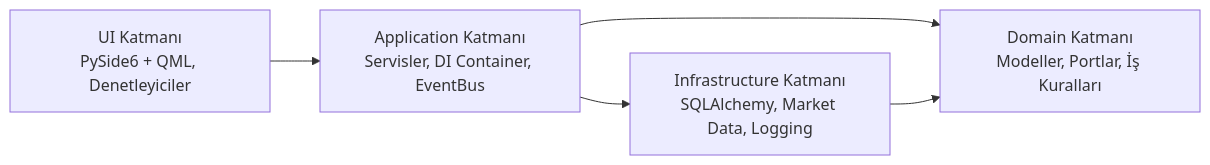
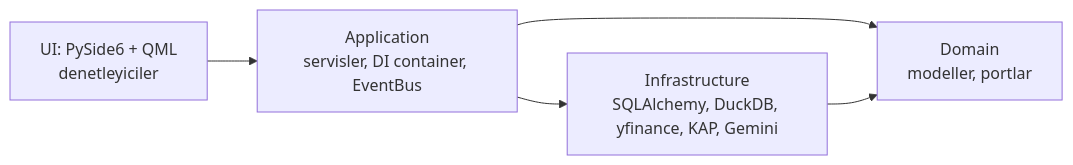
Before and after one commit to Yusufygc/PortfoySimulasyonu: the diagram in README.md, drawn with Mermaid. The commit also changed other lines of this file and 39 other files, not shown here.

````diff
--- a/README.md
+++ b/README.md
@@ -184,7 +45,7 @@
 ```mermaid
 flowchart LR
-    UI["UI Katmanı\nPySide6 + QML, Denetleyiciler"] --> APP["Application Katmanı\nServisler, DI Container, EventBus"]
-    APP --> DOMAIN["Domain Katmanı\nModeller, Portlar, İş Kuralları"]
-    INFRA["Infrastructure Katmanı\nSQLAlchemy, Market Data, Logging"] --> DOMAIN
+    UI["UI: PySide6 + QML\ndenetleyiciler"] --> APP["Application\nservisler, DI container, EventBus"]
+    APP --> DOMAIN["Domain\nmodeller, portlar"]
+    INFRA["Infrastructure\nSQLAlchemy, DuckDB, yfinance, KAP, Gemini"] --> DOMAIN
     APP --> INFRA
 ```
````
